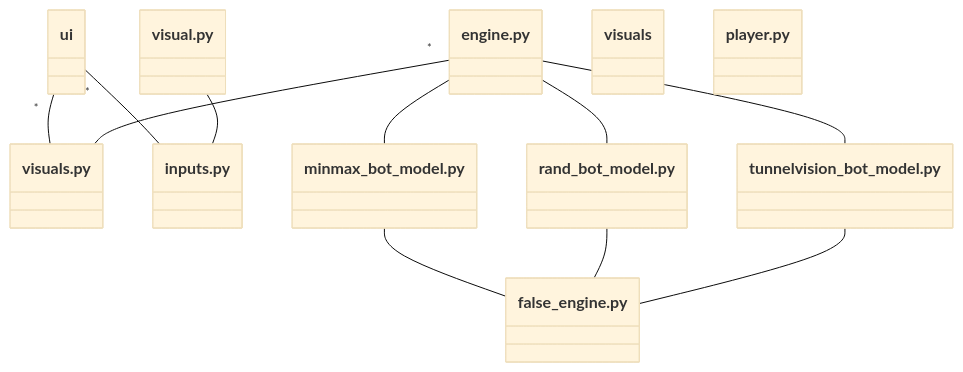
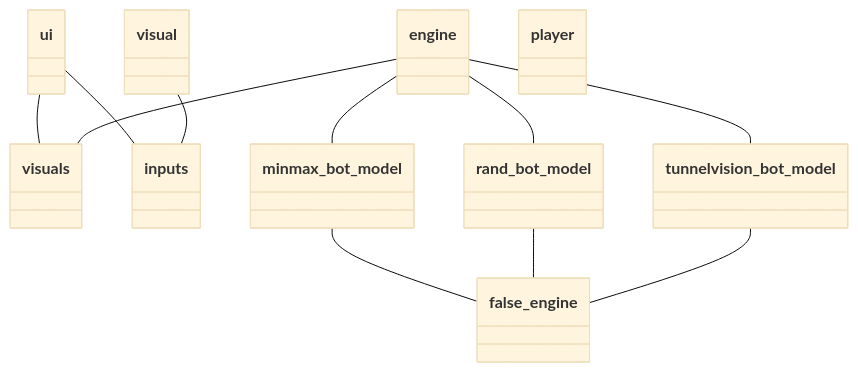
One commit to sepaww/python_shakki-tira_projekti_hy- changed the diagram in dokumentaatio/toteutusdokumentti.md. Above: the diagram before and after it, drawn with Mermaid (base theme).

````diff
--- a/dokumentaatio/toteutusdokumentti.md
+++ b/dokumentaatio/toteutusdokumentti.md
@@ -12,31 +12,31 @@
  ```mermaid
  classDiagram
-      ui "*" -- visuals.py
-      ui "*" -- inputs.py
-      engine.py "*" -- visuals.py
-      visual.py -- inputs.py
-      engine.py -- rand_bot_model.py
-      engine.py -- tunnelvision_bot_model.py
-      engine.py -- minmax_bot_model.py
-      minmax_bot_model.py -- false_engine.py
-      rand_bot_model.py -- false_engine.py
-      tunnelvision_bot_model.py -- false_engine.py
+      ui -- visuals
+      ui -- inputs
+      engine -- visuals
+      visual -- inputs
+      engine -- rand_bot_model
+      engine -- tunnelvision_bot_model
+      engine -- minmax_bot_model
+      minmax_bot_model -- false_engine
+      rand_bot_model -- false_engine
+      tunnelvision_bot_model -- false_engine
          
       class ui{
           }
     
       class visuals{
           }
-      class inputs.py{
+      class inputs{
           }
-      class minmax_bot_model.py{
+      class minmax_bot_model{
       }
-      class  player.py{
+      class  player{
       }
-      class tunnelvision_bot_model.py{
+      class tunnelvision_bot_model{
       }
-      class rand_bot_model.py{
+      class rand_bot_model{
       }
-      class false_engine.py{
+      class false_engine{
       }
 ```
````
